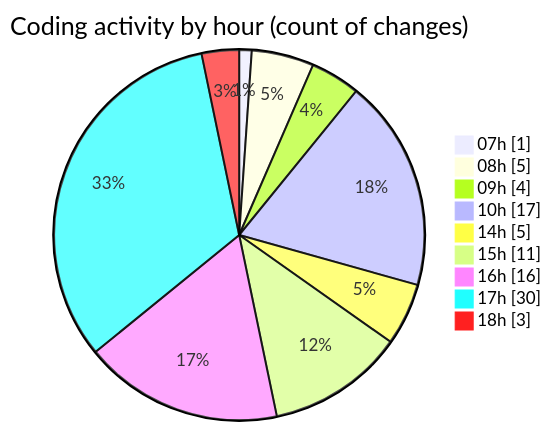
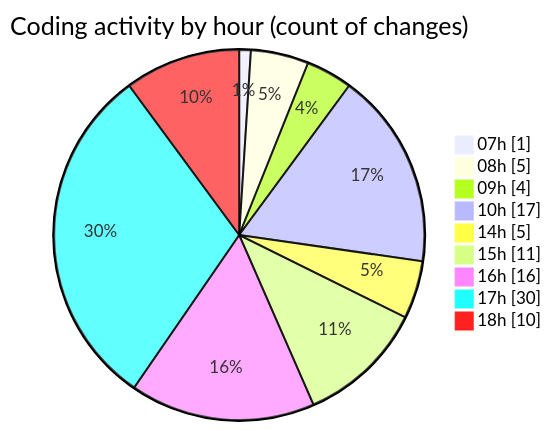
Before and after one commit to momahboobian/code-tracking: the second of 2 diagrams in 2025-05-14/cda/README.md, drawn with Mermaid. The commit also changed other lines of this file and 1 other file, not shown here.

````diff
--- a/2025-05-14/cda/README.md
+++ b/2025-05-14/cda/README.md
@@ -42,13 +42,13 @@
 ```mermaid
 pie showData
 title Coding activity by hour (count of changes)
 "07h" : 1
 "08h" : 5
 "09h" : 4
 "10h" : 17
 "14h" : 5
 "15h" : 11
 "16h" : 16
 "17h" : 30
-"18h" : 3
+"18h" : 10
 ```
````
